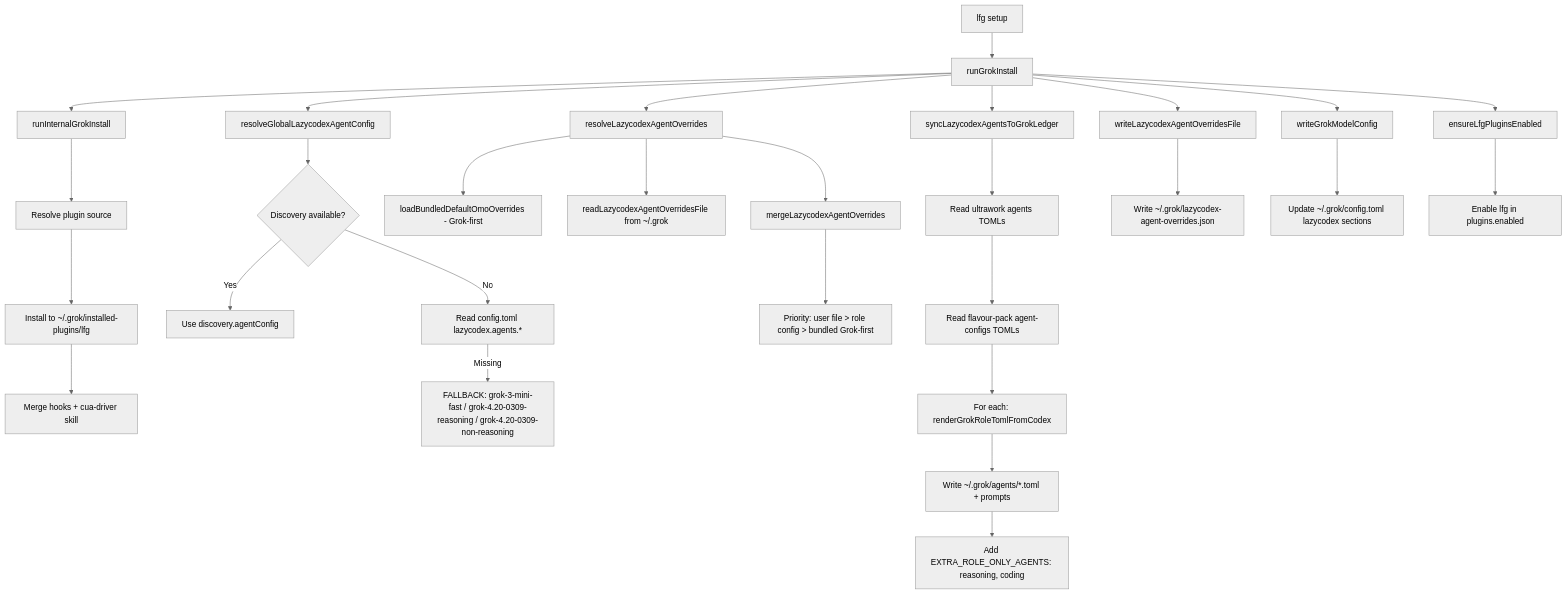
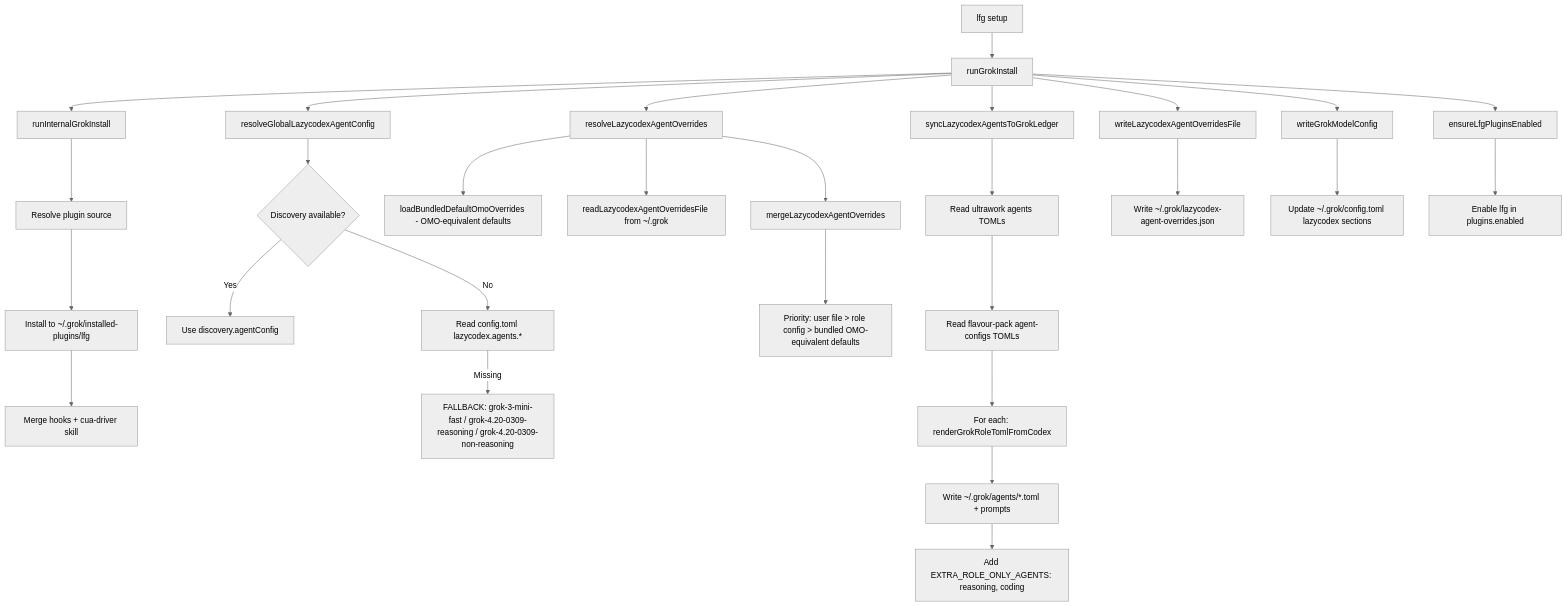
One commit to islee23520/lfg changed the second of 3 diagrams in AGENT-STRUCTURE-EDM.md. Above: the diagram before and after it, drawn with Mermaid (neutral theme). The commit also changed other lines of this file and 6 other files, not shown here.

````diff
--- a/AGENT-STRUCTURE-EDM.md
+++ b/AGENT-STRUCTURE-EDM.md
@@ -155,36 +155,36 @@
 ```mermaid
 flowchart TD
     A[lfg setup] --> B[runGrokInstall]
     B --> C[runInternalGrokInstall]
     C --> C1[Resolve plugin source]
     C1 --> C2[Install to ~/.grok/installed-plugins/lfg]
     C2 --> C3[Merge hooks + cua-driver skill]
 
     B --> D[resolveGlobalLazycodexAgentConfig]
     D --> D1{Discovery available?}
     D1 -->|Yes| D2[Use discovery.agentConfig]
     D1 -->|No| D3[Read config.toml lazycodex.agents.*]
     D3 -->|Missing| D4[FALLBACK: grok-3-mini-fast / grok-4.20-0309-reasoning / grok-4.20-0309-non-reasoning]
 
     B --> E[resolveLazycodexAgentOverrides]
-    E --> E1[loadBundledDefaultOmoOverrides - Grok-first]
+    E --> E1[loadBundledDefaultOmoOverrides - OMO-equivalent defaults]
     E --> E2[readLazycodexAgentOverridesFile from ~/.grok]
     E --> E3[mergeLazycodexAgentOverrides]
-    E3 --> E4[Priority: user file > role config > bundled Grok-first]
+    E3 --> E4[Priority: user file > role config > bundled OMO-equivalent defaults]
 
     B --> F[syncLazycodexAgentsToGrokLedger]
     F --> F1[Read ultrawork agents TOMLs]
     F1 --> F2[Read flavour-pack agent-configs TOMLs]
     F2 --> F3[For each: renderGrokRoleTomlFromCodex]
     F3 --> F4[Write ~/.grok/agents/*.toml + prompts]
     F4 --> F5[Add EXTRA_ROLE_ONLY_AGENTS: reasoning, coding]
 
     B --> G[writeLazycodexAgentOverridesFile]
     G --> G1[Write ~/.grok/lazycodex-agent-overrides.json]
 
     B --> H[writeGrokModelConfig]
     H --> H1[Update ~/.grok/config.toml lazycodex sections]
 
     B --> I[ensureLfgPluginsEnabled]
     I --> I1[Enable lfg in plugins.enabled]
 ```
````
